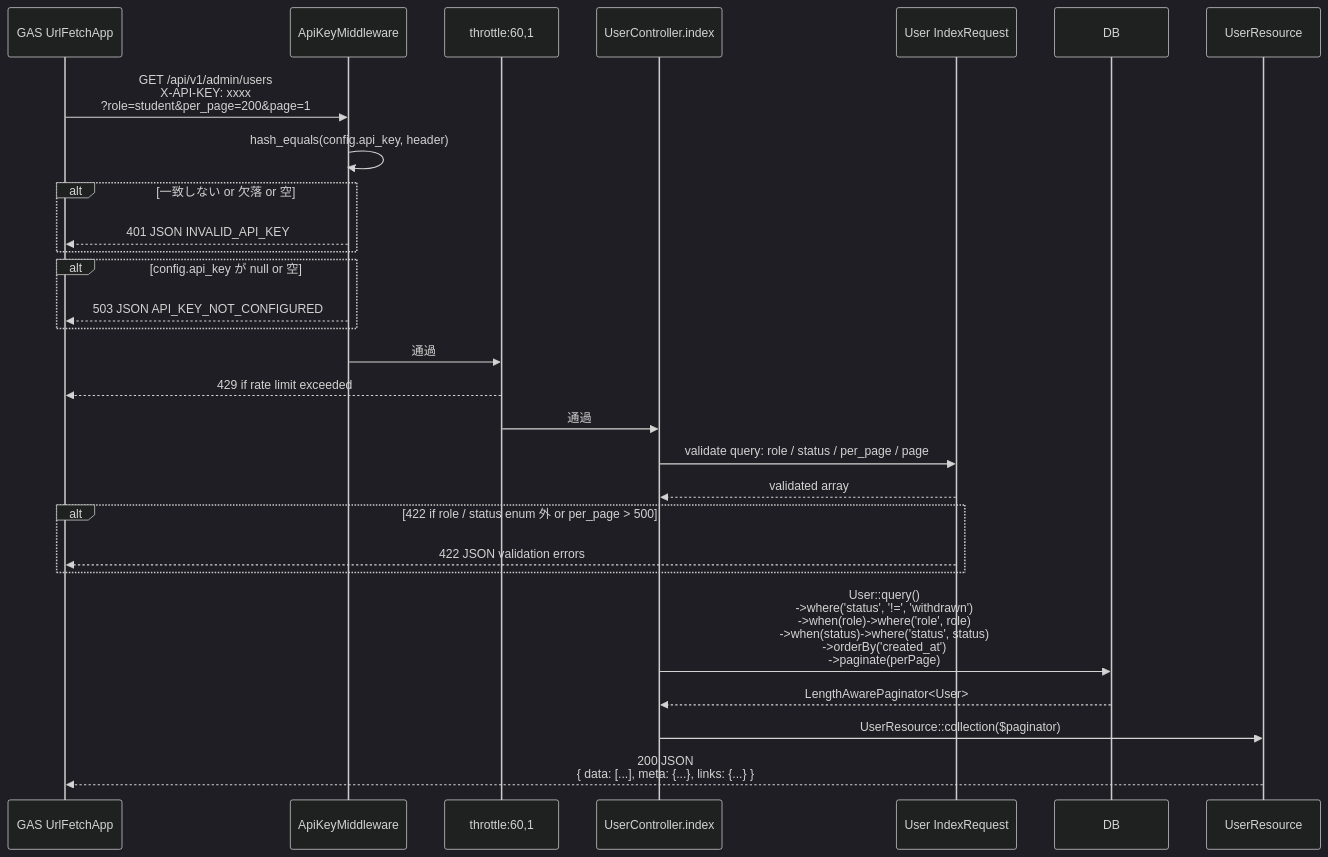
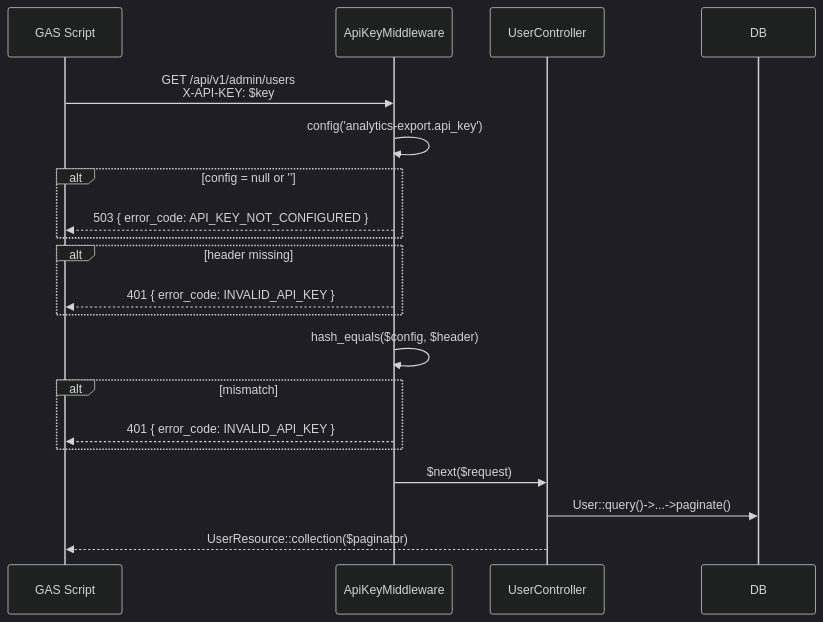
One commit to coachtech-mockcase-second/ExampleAnswer-mockcase-CertifyLMS changed the second of 4 diagrams in docs/specs/analytics-export/design.md. Above: the diagram before and after it, drawn with Mermaid (dark theme). The commit also changed other lines of this file and 67 other files, not shown here.

````diff
--- a/docs/specs/analytics-export/design.md
+++ b/docs/specs/analytics-export/design.md
@@ -75,31 +36,23 @@
 ```mermaid
 sequenceDiagram
-    participant GAS as GAS UrlFetchApp
-    participant AKM as ApiKeyMiddleware
-    participant TH as throttle:60,1
-    participant UC as UserController.index
-    participant UR as User IndexRequest
+    participant GAS as GAS Script
+    participant MW as ApiKeyMiddleware
+    participant Controller as UserController
     participant DB as DB
-    participant URes as UserResource
 
-    GAS->>AKM: GET /api/v1/admin/users<br/>X-API-KEY: xxxx<br/>?role=student&per_page=200&page=1
-    AKM->>AKM: hash_equals(config.api_key, header)
-    alt 一致しない or 欠落 or 空
-        AKM-->>GAS: 401 JSON INVALID_API_KEY
+    GAS->>MW: GET /api/v1/admin/users<br/>X-API-KEY: $key
+    MW->>MW: config('analytics-export.api_key')
+    alt config = null or ''
+        MW-->>GAS: 503 { error_code: API_KEY_NOT_CONFIGURED }
     end
-    alt config.api_key が null or 空
-        AKM-->>GAS: 503 JSON API_KEY_NOT_CONFIGURED
+    alt header missing
+        MW-->>GAS: 401 { error_code: INVALID_API_KEY }
     end
-    AKM->>TH: 通過
-    TH-->>GAS: 429 if rate limit exceeded
-    TH->>UC: 通過
-    UC->>UR: validate query: role / status / per_page / page
-    UR-->>UC: validated array
-    alt 422 if role / status enum 外 or per_page > 500
-        UR-->>GAS: 422 JSON validation errors
+    MW->>MW: hash_equals($config, $header)
+    alt mismatch
+        MW-->>GAS: 401 { error_code: INVALID_API_KEY }
     end
-    UC->>DB: User::query()<br/>->where('status', '!=', 'withdrawn')<br/>->when(role)->where('role', role)<br/>->when(status)->where('status', status)<br/>->orderBy('created_at')<br/>->paginate(perPage)
-    DB-->>UC: LengthAwarePaginator<User>
-    UC->>URes: UserResource::collection($paginator)
-    URes-->>GAS: 200 JSON<br/>{ data: [...], meta: {...}, links: {...} }
+    MW->>Controller: $next($request)
+    Controller->>DB: User::query()->...->paginate()
+    Controller-->>GAS: UserResource::collection($paginator)
 ```
````
